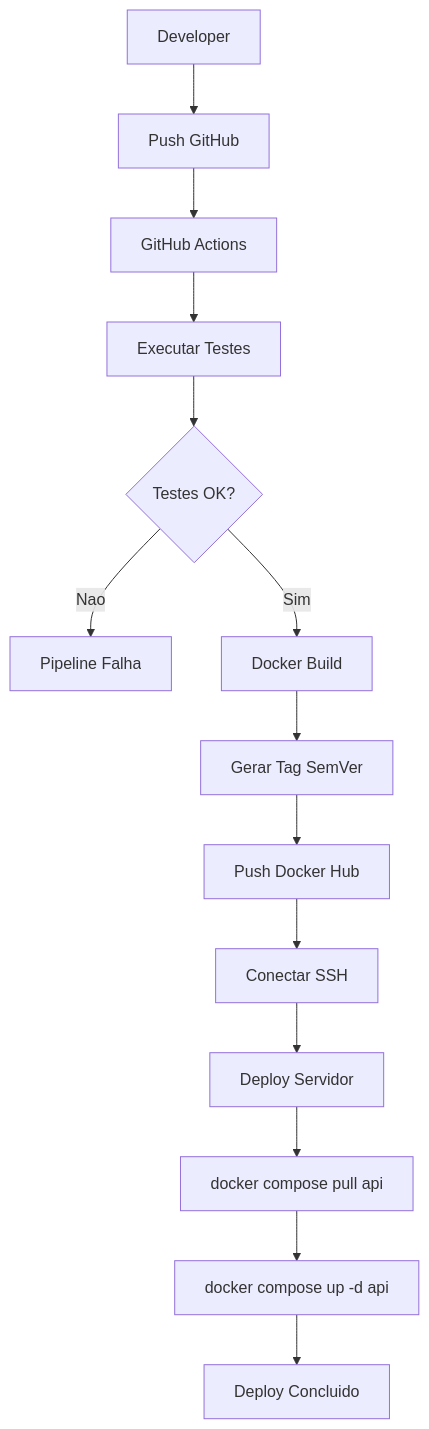
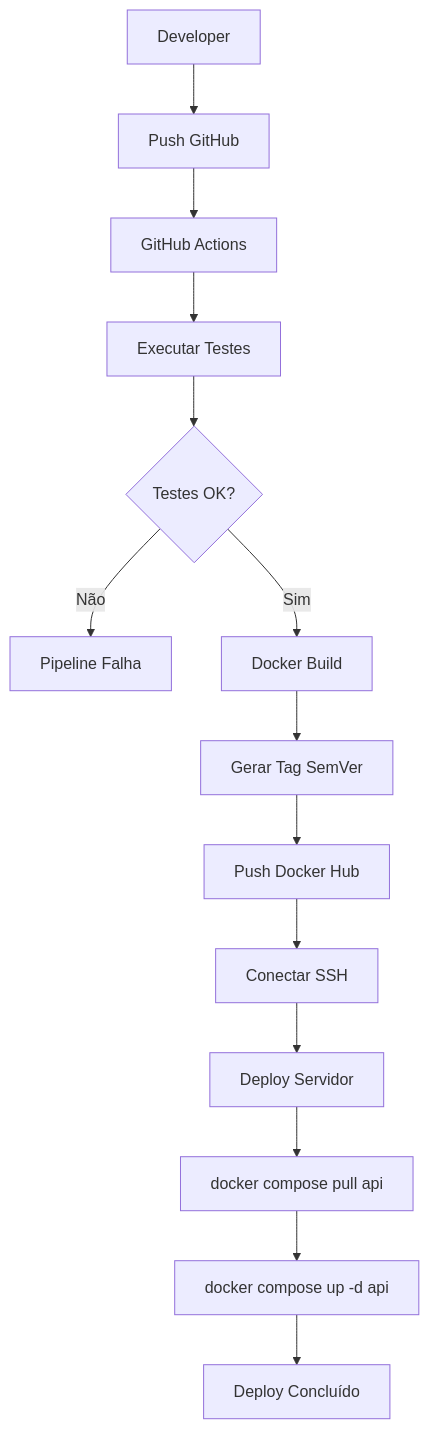
Before and after one commit to matheusmoc/pipeline: the second of 6 diagrams in README.md, drawn with Mermaid. The commit also changed other lines of this file, not shown here.

````diff
--- a/README.md
+++ b/README.md
@@ -74,16 +68,16 @@
 ```mermaid
 flowchart TD
     A[Developer] --> B[Push GitHub]
     B --> C[GitHub Actions]
     C --> D[Executar Testes]
     D --> E{Testes OK?}
-    E -->|Nao| F[Pipeline Falha]
+    E -->|Não| F[Pipeline Falha]
     E -->|Sim| G[Docker Build]
     G --> H[Gerar Tag SemVer]
     H --> I[Push Docker Hub]
     I --> J[Conectar SSH]
     J --> K[Deploy Servidor]
     K --> L[docker compose pull api]
     L --> M[docker compose up -d api]
-    M --> N[Deploy Concluido]
+    M --> N[Deploy Concluído]
 ```
````
